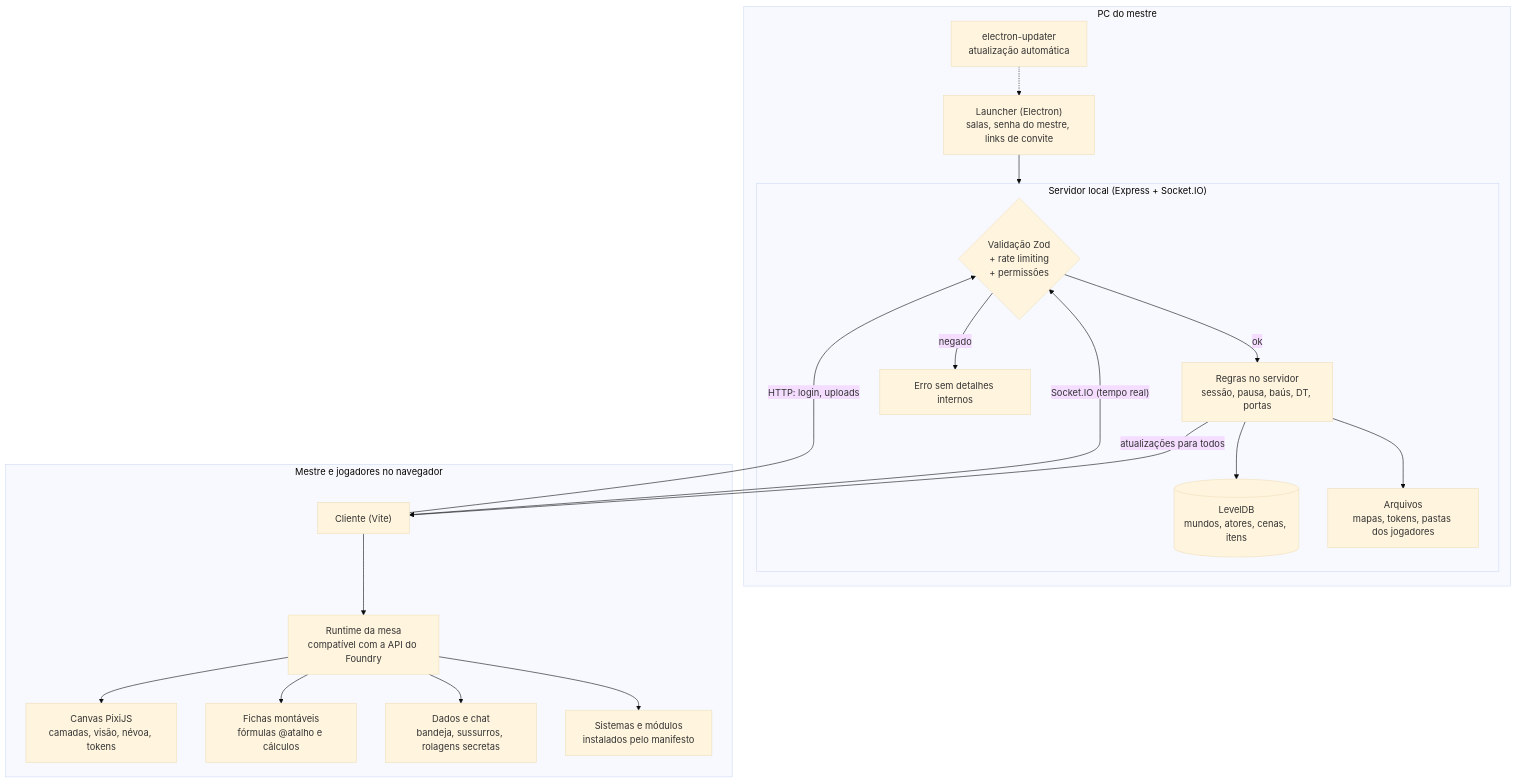
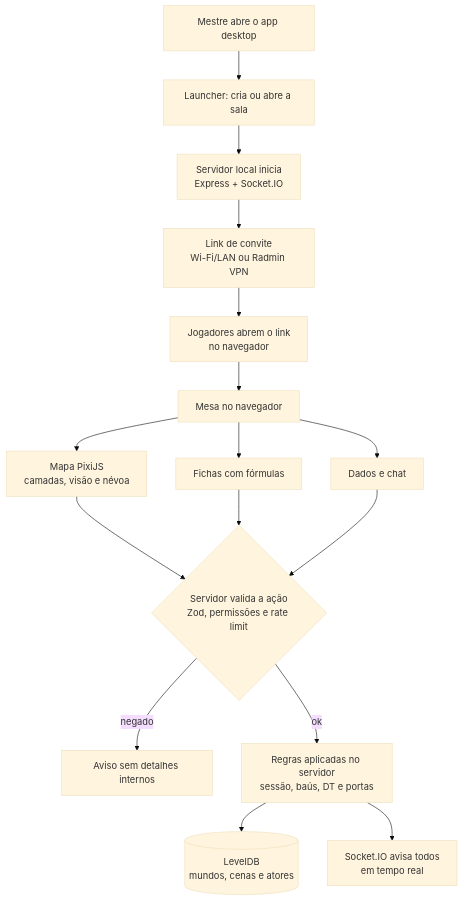
The diagram in README.md (KairoHenrique/MimicDice-VTT), drawn with Mermaid (base theme) before and after one commit.

Commit message:
docs: simplifica o fluxograma do README

````diff
--- a/README.md
+++ b/README.md
@@ -105,26 +105,21 @@
 ```mermaid
 flowchart TD
-    subgraph Mestre["PC do mestre"]
-        L["Launcher (Electron)<br/>salas, senha do mestre, links de convite"] --> S
-        U["electron-updater<br/>atualização automática"] -.-> L
-        subgraph S["Servidor local (Express + Socket.IO)"]
-            V{"Validação Zod<br/>+ rate limiting<br/>+ permissões"}
-            V -->|ok| R["Regras no servidor<br/>sessão, pausa, baús, DT, portas"]
-            V -->|negado| X["Erro sem detalhes internos"]
-            R --> DB[("LevelDB<br/>mundos, atores, cenas, itens")]
-            R --> F["Arquivos<br/>mapas, tokens, pastas dos jogadores"]
-        end
-    end
+    A["Mestre abre o app desktop"] --> B["Launcher: cria ou abre a sala"]
+    B --> C["Servidor local inicia<br/>Express + Socket.IO"]
+    C --> D["Link de convite<br/>Wi-Fi/LAN ou Radmin VPN"]
+    D --> E["Jogadores abrem o link<br/>no navegador"]
+    E --> F["Mesa no navegador"]
 
-    subgraph Navegador["Mestre e jogadores no navegador"]
-        C["Cliente (Vite)"] --> API["Runtime da mesa<br/>compatível com a API do Foundry"]
-        API --> CV["Canvas PixiJS<br/>camadas, visão, névoa, tokens"]
-        API --> FI["Fichas montáveis<br/>fórmulas @atalho e cálculos"]
-        API --> DA["Dados e chat<br/>bandeja, sussurros, rolagens secretas"]
-        API --> SI["Sistemas e módulos<br/>instalados pelo manifesto"]
-    end
+    F --> G["Mapa PixiJS<br/>camadas, visão e névoa"]
+    F --> H["Fichas com fórmulas"]
+    F --> I["Dados e chat"]
 
-    C <-->|"Socket.IO (tempo real)"| V
-    C -->|"HTTP: login, uploads"| V
-    R -->|"atualizações para todos"| C
+    G --> J{"Servidor valida a ação<br/>Zod, permissões e rate limit"}
+    H --> J
+    I --> J
+
+    J -->|negado| K["Aviso sem detalhes internos"]
+    J -->|ok| L["Regras aplicadas no servidor<br/>sessão, baús, DT e portas"]
+    L --> M[("LevelDB<br/>mundos, cenas e atores")]
+    L --> N["Socket.IO avisa todos<br/>em tempo real"]
 ```
````
